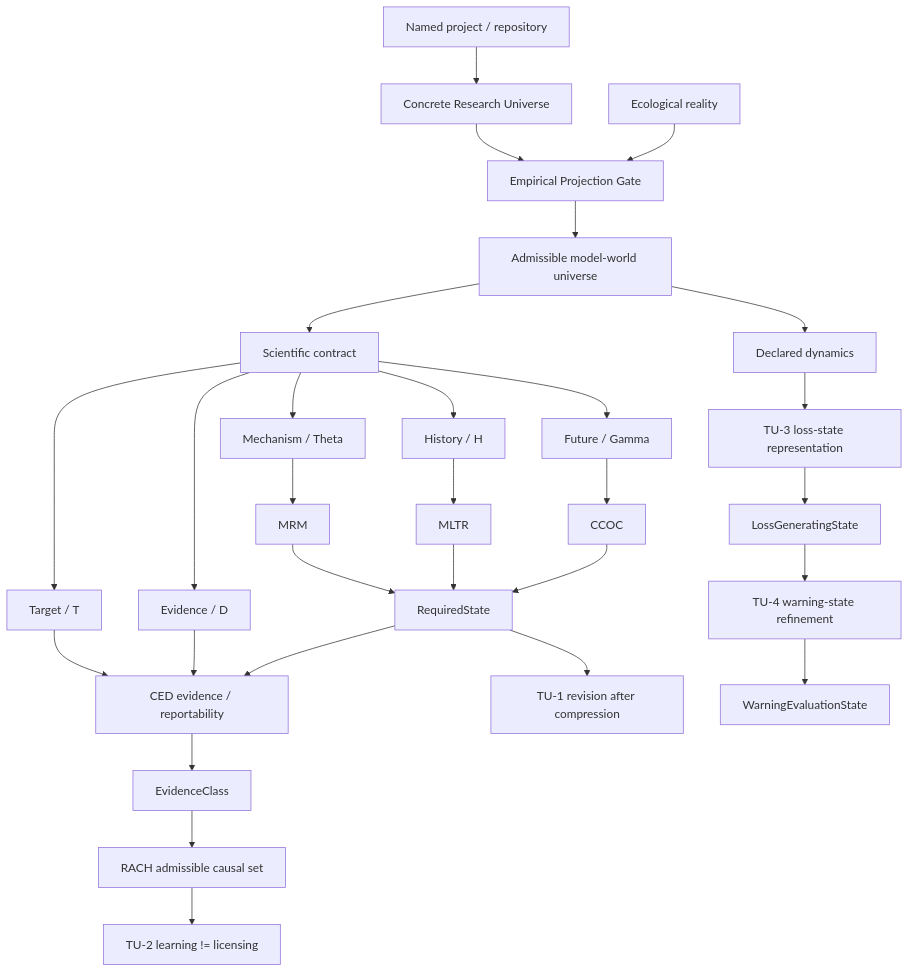
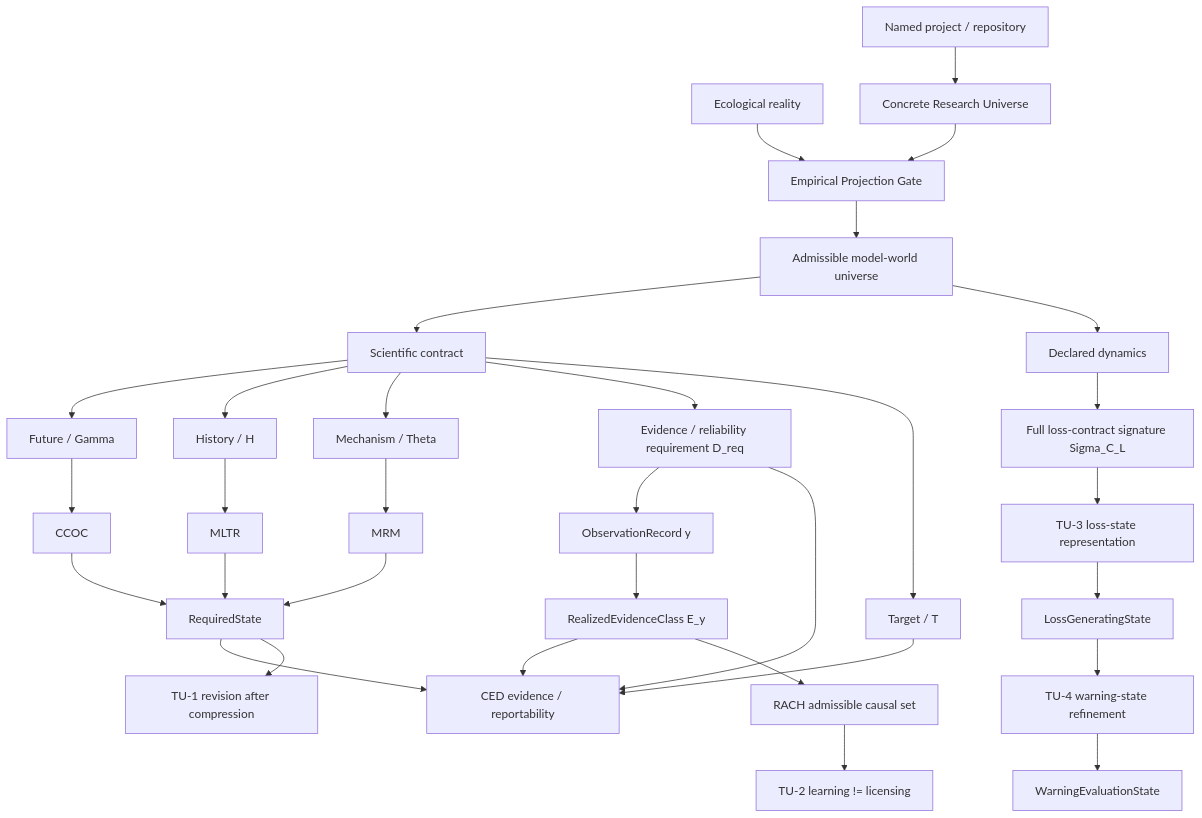
Before and after one commit to zuizui0223/theouni: the diagram in README.md, drawn with Mermaid. The commit also changed other lines of this file, not shown here.

Commit message:
Expose Theory Universe v0.5.1 evidence and loss clarifications

````diff
--- a/README.md
+++ b/README.md
@@ -45,37 +47,40 @@
 ```mermaid
 flowchart TD
     R[Ecological reality] --> GATE[Empirical Projection Gate]
     GATE --> W[Admissible model-world universe]
     W --> C[Scientific contract]
 
     C --> G[Future / Gamma]
     C --> H[History / H]
     C --> M[Mechanism / Theta]
-    C --> D[Evidence / D]
+    C --> DREQ[Evidence / reliability requirement D_req]
     C --> T[Target / T]
 
     G --> CCOC[CCOC]
     H --> MLTR[MLTR]
     M --> MRM[MRM]
     CCOC --> J[RequiredState]
     MLTR --> J
     MRM --> J
 
+    DREQ --> OBS[ObservationRecord y]
+    OBS --> EY[RealizedEvidenceClass E_y]
     J --> CED[CED evidence / reportability]
-    D --> CED
+    DREQ --> CED
     T --> CED
-    CED --> E[EvidenceClass]
-    E --> RACH[RACH admissible causal set]
+    EY --> CED
+    EY --> RACH[RACH admissible causal set]
 
     J --> TU1[TU-1 revision after compression]
     RACH --> TU2[TU-2 learning != licensing]
 
     W --> DYN[Declared dynamics]
-    DYN --> TU3[TU-3 loss-state representation]
+    DYN --> SIGL[Full loss-contract signature Sigma_C_L]
+    SIGL --> TU3[TU-3 loss-state representation]
     TU3 --> LS[LossGeneratingState]
     LS --> TU4[TU-4 warning-state refinement]
     TU4 --> WS[WarningEvaluationState]
 
     CR[Concrete Research Universe] --> GATE
     PORT[Named project / repository] --> CR
 ```
````
